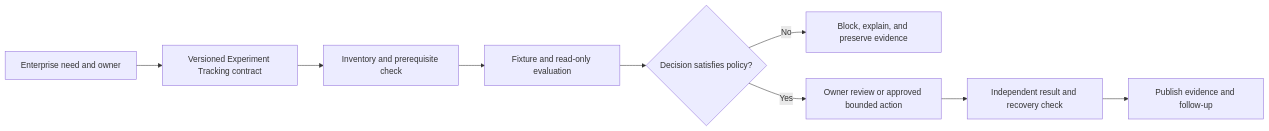
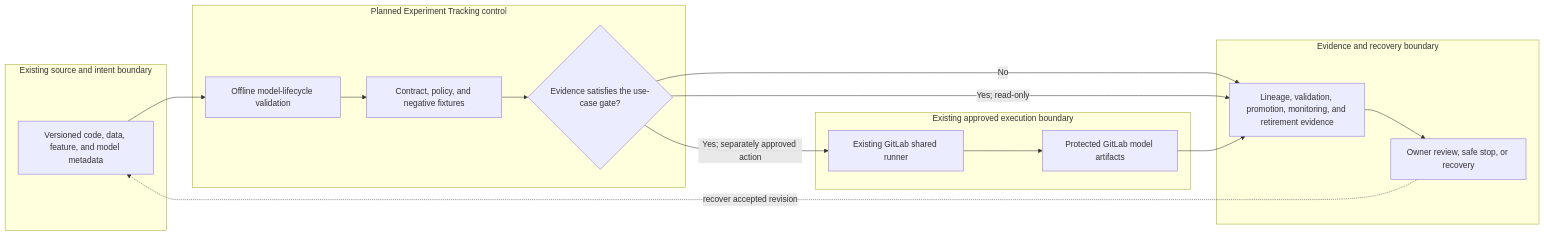
One commit to MIDHTECH/enterprise-architecture-docs changed the diagram in docs/use-cases/mlops/UC-MLOPS-012-experiment-tracking.md. Above: the diagram before and after it, drawn with Mermaid. The commit also changed other lines of this file and 227 other files, not shown here.

Commit message:
Deepen architecture for all use case designs

````diff
--- a/docs/use-cases/mlops/UC-MLOPS-012-experiment-tracking.md
+++ b/docs/use-cases/mlops/UC-MLOPS-012-experiment-tracking.md
@@ -136,11 +129,25 @@
 ```mermaid
 flowchart LR
-    Need["Enterprise need and owner"] --> Contract["Versioned Experiment Tracking contract"]
-    Contract --> Preflight["Inventory and prerequisite check"]
-    Preflight --> Evaluate["Fixture and read-only evaluation"]
-    Evaluate --> Decision{"Decision satisfies policy?"}
-    Decision -->|No| Stop["Block, explain, and preserve evidence"]
-    Decision -->|Yes| Review["Owner review or approved bounded action"]
-    Review --> Verify["Independent result and recovery check"]
-    Verify --> Publish["Publish evidence and follow-up"]
+    subgraph Source["Existing source and intent boundary"]
+        A["Versioned code, data, feature, and model metadata"]
+    end
+    subgraph Planned["Planned Experiment Tracking control"]
+        B["Offline model-lifecycle validation"]
+        C["Contract, policy, and negative fixtures"]
+        D{"Evidence satisfies the use-case gate?"}
+    end
+    subgraph Runtime["Existing approved execution boundary"]
+        E["Existing GitLab shared runner"]
+        F["Protected GitLab model artifacts"]
+    end
+    subgraph Assurance["Evidence and recovery boundary"]
+        G["Lineage, validation, promotion, monitoring, and retirement evidence"]
+        H["Owner review, safe stop, or recovery"]
+    end
+
+    A --> B --> C --> D
+    D -->|No| G --> H
+    D -->|Yes; read-only| G
+    D -->|Yes; separately approved action| E --> F --> G
+    H -. recover accepted revision .-> A
 ```
````
